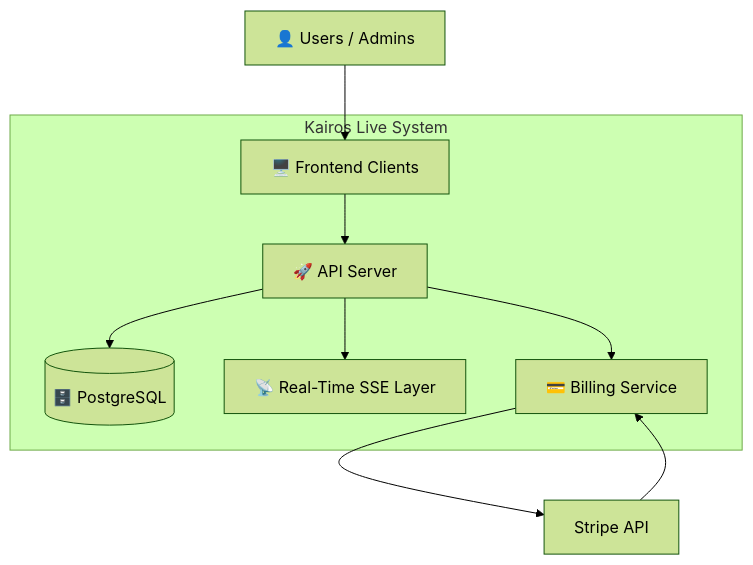
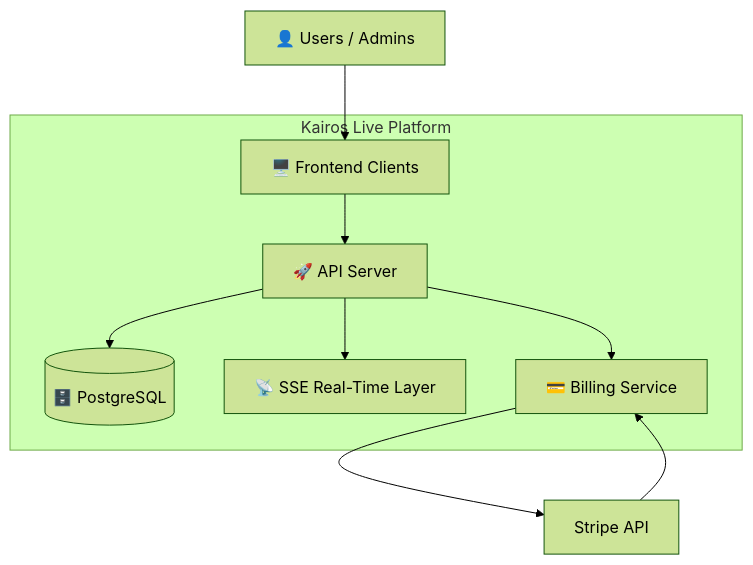
The second of 9 diagrams in architecture.md (miangelisse-ux/kairoslive), drawn with Mermaid (forest theme) before and after one commit. The commit also changed other lines of this file, not shown here.

````diff
--- a/architecture.md
+++ b/architecture.md
@@ -28,25 +28,25 @@
 ```mermaid
 flowchart TB
 
 User[👤 Users / Admins]
 
-subgraph Kairos Live System
+subgraph Kairos Live Platform
 
 Frontend[🖥️ Frontend Clients]
 API[🚀 API Server]
 DB[(🗄️ PostgreSQL)]
-SSE[📡 Real-Time SSE Layer]
+SSE[📡 SSE Real-Time Layer]
 Billing[💳 Billing Service]
 
 end
 
 Stripe[Stripe API]
 
 User --> Frontend
 Frontend --> API
 API --> DB
 API --> SSE
 API --> Billing
 Billing --> Stripe
 Stripe --> Billing
 ```
````
